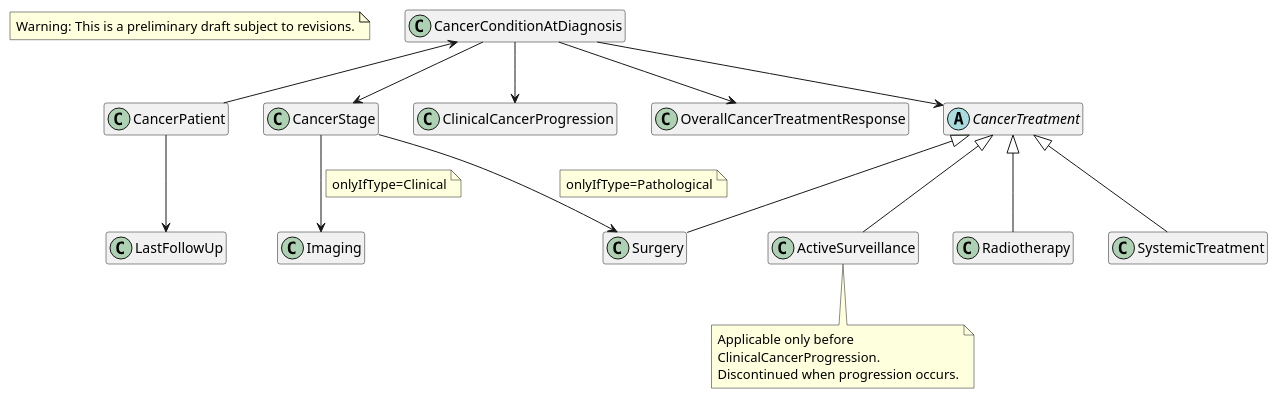
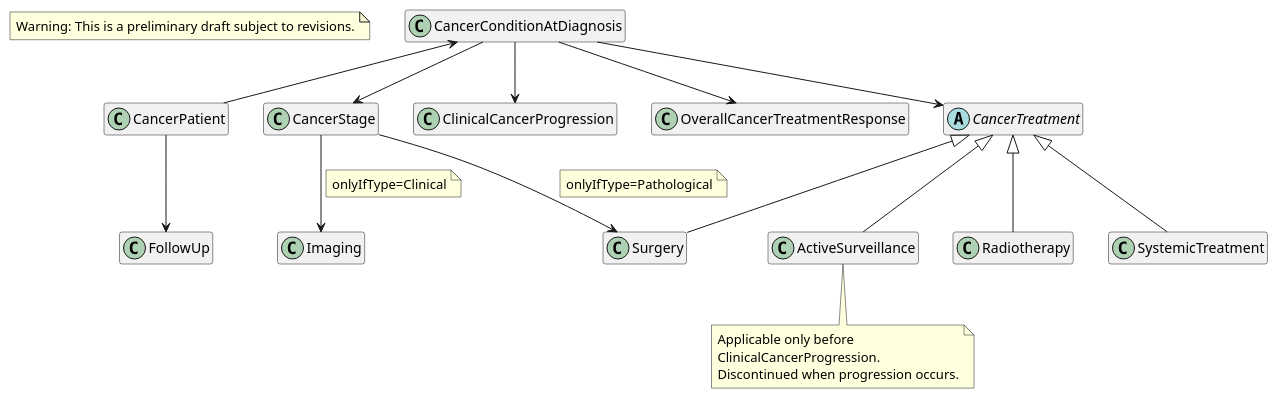
Before and after one commit to hl7-eu/cancer-common: the diagram in input/images-source/CancerLogicalModel_LM.plantuml, drawn with PlantUML. The commit also changed 45 other files, not shown here.

Commit message:
FHIR-58024 | Rename LastFollowUp → FollowUp

```diff
--- a/input/images-source/CancerLogicalModel_LM.plantuml
+++ b/input/images-source/CancerLogicalModel_LM.plantuml
@@ -1,47 +1,47 @@
 @startuml
 hide empty members
 skinparam classAttributeIconSize 0
 
 ' Warning
 note "Warning: This is a preliminary draft subject to revisions." as DraftWarning
 
-' Classes from Cancer_Common_Logical_Model_20261119.xlsx
+' Classes from Cancer_Common_Logical_Model_20261123.xlsx
 class CancerConditionAtDiagnosis [[StructureDefinition-CancerConditionAtDiagnosis.html]]
 class CancerPatient [[StructureDefinition-CancerPatient.html]]
 class CancerStage [[StructureDefinition-CancerStage.html]]
 class Imaging [[StructureDefinition-Imaging.html]]
-class LastFollowUp [[StructureDefinition-LastFollowUp.html]]
+class FollowUp [[StructureDefinition-FollowUp.html]]
 class ClinicalCancerProgression [[StructureDefinition-ClinicalCancerProgression.html]]
 class Surgery [[StructureDefinition-Surgery.html]]
 class ActiveSurveillance [[StructureDefinition-ActiveSurveillance.html]]
 class Radiotherapy [[StructureDefinition-Radiotherapy.html]]
 class SystemicTreatment [[StructureDefinition-SystemicTreatment.html]]
 class OverallCancerTreatmentResponse [[StructureDefinition-OverallCancerTreatmentResponse.html]]
 abstract class CancerTreatment
 
 ' Relationships derived from CancerLogicalModel_20251128-static.excalidraw
 CancerConditionAtDiagnosis --> CancerStage
 CancerStage --> Surgery
 note on link
 onlyIfType=Pathological
 end note
 CancerStage --> Imaging
 note on link
 onlyIfType=Clinical
 end note
 CancerConditionAtDiagnosis <-- CancerPatient
-CancerPatient --> LastFollowUp
+CancerPatient --> FollowUp
 CancerConditionAtDiagnosis --> OverallCancerTreatmentResponse
 CancerConditionAtDiagnosis --> ClinicalCancerProgression
 CancerConditionAtDiagnosis --> CancerTreatment
 CancerTreatment <|-- Radiotherapy
 CancerTreatment <|-- SystemicTreatment
 CancerTreatment <|-- Surgery
 CancerTreatment <|-- ActiveSurveillance
 note bottom of ActiveSurveillance
 Applicable only before 
 ClinicalCancerProgression.
 Discontinued when progression occurs.
 end note
  
 @enduml
```
